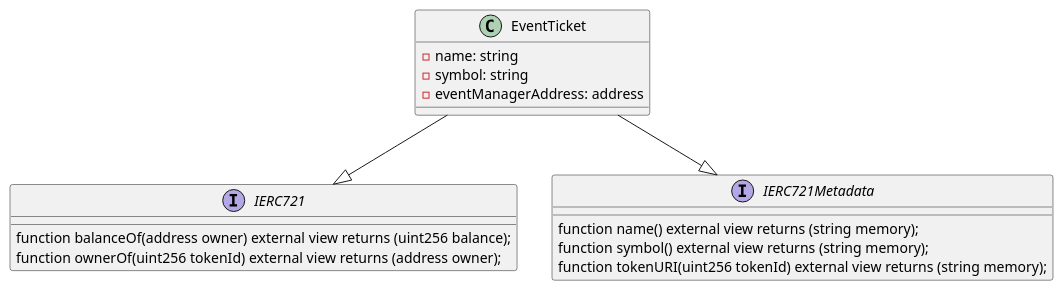
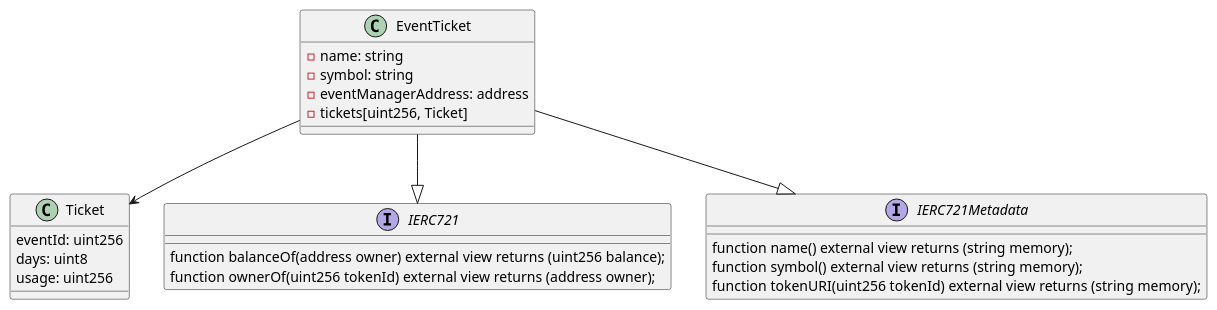
Before and after one commit to ai-shift/cyber-valley-tickets: diagram 20 of 25 in README.org, drawn with PlantUML. The commit also changed other lines of this file and 6 other files, not shown here.

Commit message:
add: Backend & EventTicket NFT design

```diff
--- a/README.org
+++ b/README.org
@@ -639,21 +640,29 @@
 #+begin_src plantuml :file ./img/event-ticket.png
 class EventTicket {
   - name: string
   - symbol: string
   - eventManagerAddress: address
+  - tickets[uint256, Ticket]
+}
+
+class Ticket {
+  eventId: uint256
+  days: uint8
+  usage: uint256
 }
 
 interface IERC721 {
     function balanceOf(address owner) external view returns (uint256 balance);
     function ownerOf(uint256 tokenId) external view returns (address owner);
 }
 
 interface IERC721Metadata {
     function name() external view returns (string memory);
     function symbol() external view returns (string memory);
     function tokenURI(uint256 tokenId) external view returns (string memory);
 }
 
+EventTicket --> Ticket
 EventTicket --|> IERC721
 EventTicket --|> IERC721Metadata
 #+end_src
```
